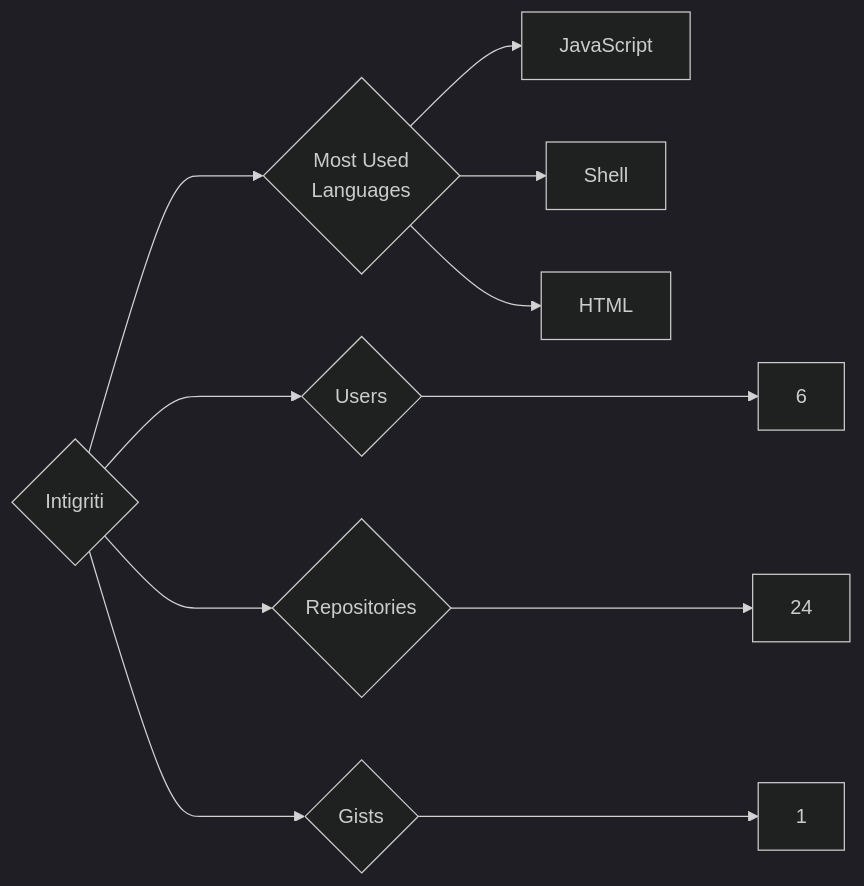
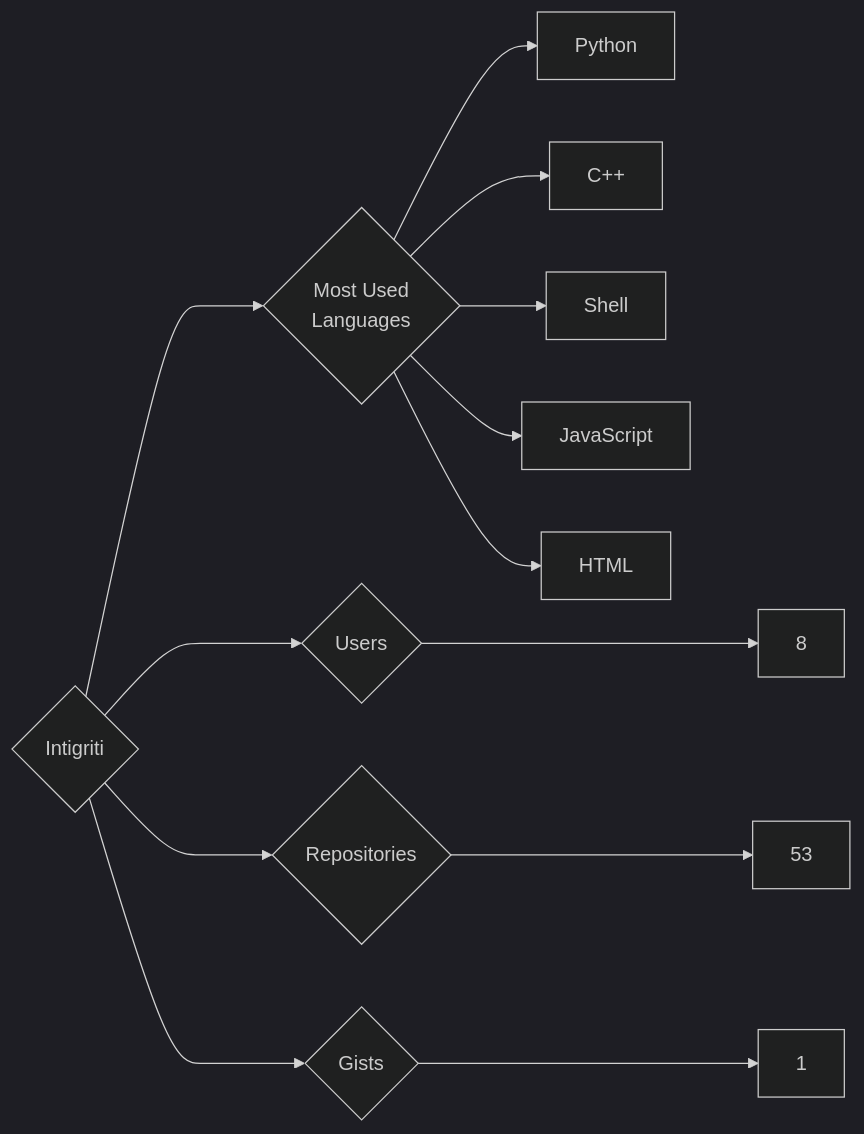
The diagram in targets/Intigriti/README.md (trickest/insiders), drawn with Mermaid (dark theme) before and after one commit. The commit also changed 1084 other files, not shown here.

````diff
--- a/targets/Intigriti/README.md
+++ b/targets/Intigriti/README.md
@@ -3,11 +3,13 @@
 ```mermaid
 graph LR
 COMPANY_NAME{Intigriti}
-COMPANY_NAME ---> U{Users} ---> UN[6]
-COMPANY_NAME ---> R{Repositories} ---> RN[24]
+COMPANY_NAME ---> U{Users} ---> UN[8]
+COMPANY_NAME ---> R{Repositories} ---> RN[53]
 COMPANY_NAME ---> G{Gists} ---> GN[1]
 COMPANY_NAME ---> ML{Most Used<br>Languages}
+ML --> Python[Python]
+ML --> C++[C++]
+ML --> Shell[Shell]
 ML --> JavaScript[JavaScript]
-ML --> Shell[Shell]
 ML --> HTML[HTML]
 ```
````
